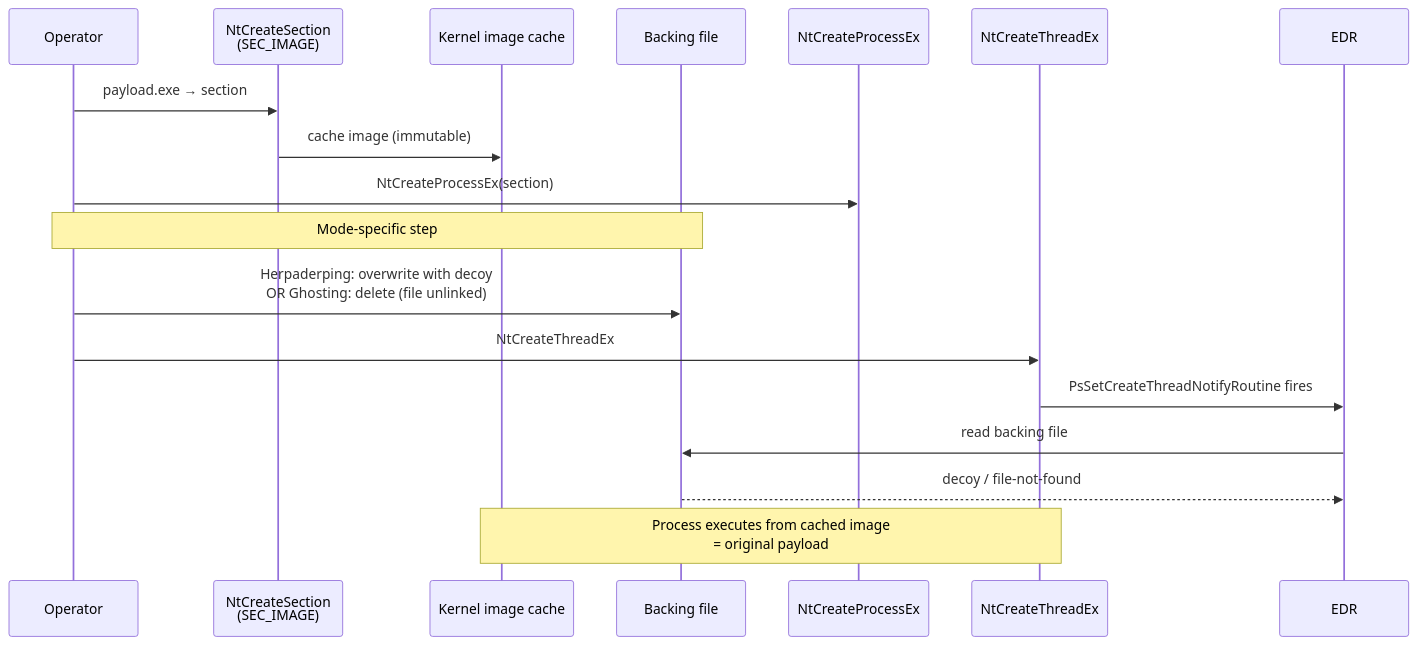
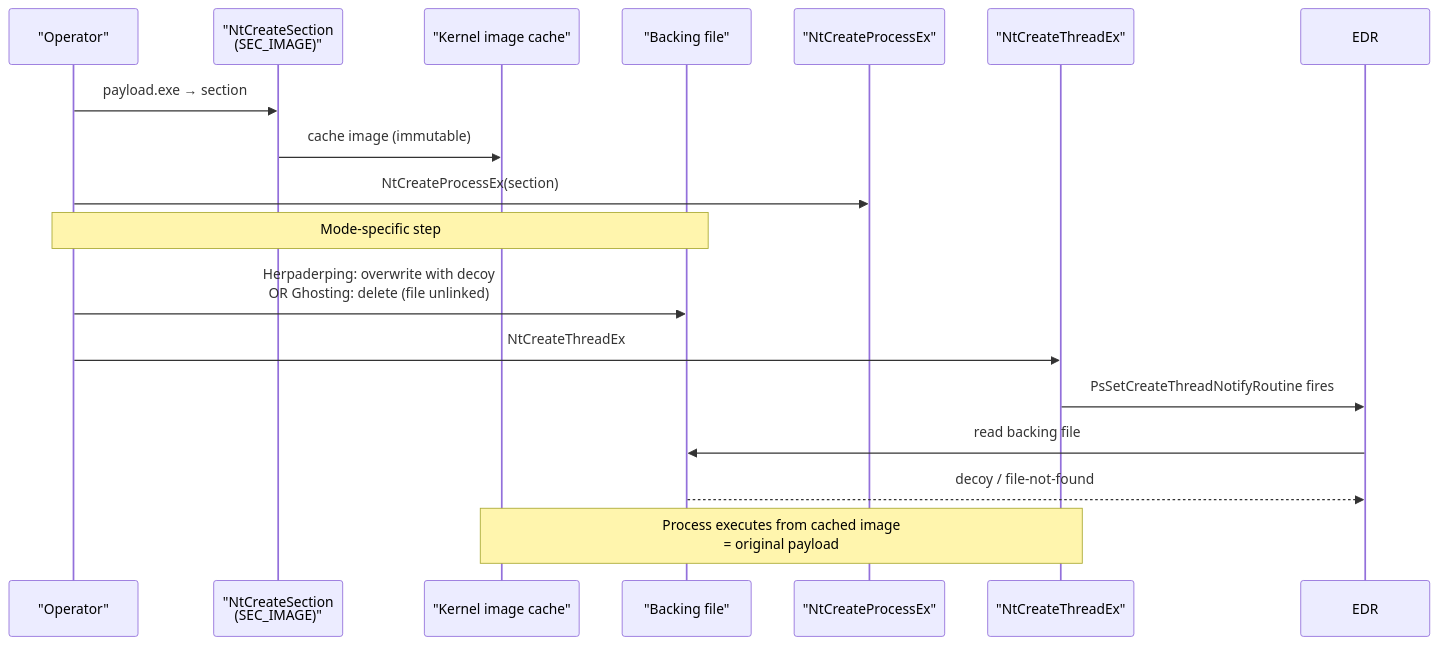
The diagram in docs/techniques/process/herpaderping.md (oioio-space/maldev), drawn with Mermaid before and after one commit. The commit also changed 52 other files, not shown here.

First line of the commit message:
fix(docs): quote multi-word Mermaid participant aliases — 11.2.0 strict-mode sweep

````diff
--- a/docs/techniques/process/herpaderping.md
+++ b/docs/techniques/process/herpaderping.md
@@ -54,21 +54,21 @@
 ```mermaid
 sequenceDiagram
-    participant Op as Operator
-    participant Sec as NtCreateSection<br>(SEC_IMAGE)
-    participant Cache as Kernel image cache
-    participant Disk as Backing file
-    participant Proc as NtCreateProcessEx
-    participant Thr as NtCreateThreadEx
+    participant Op as "Operator"
+    participant Sec as "NtCreateSection<br>(SEC_IMAGE)"
+    participant Cache as "Kernel image cache"
+    participant Disk as "Backing file"
+    participant Proc as "NtCreateProcessEx"
+    participant Thr as "NtCreateThreadEx"
     participant EDR
 
     Op->>Sec: payload.exe → section
     Sec->>Cache: cache image (immutable)
     Op->>Proc: NtCreateProcessEx(section)
     Note over Op,Disk: Mode-specific step
     Op->>Disk: Herpaderping: overwrite with decoy<br>OR Ghosting: delete (file unlinked)
     Op->>Thr: NtCreateThreadEx
     Thr->>EDR: PsSetCreateThreadNotifyRoutine fires
     EDR->>Disk: read backing file
     Disk-->>EDR: decoy / file-not-found
     Note over Cache,Thr: Process executes from cached image<br>= original payload
 ```
````
